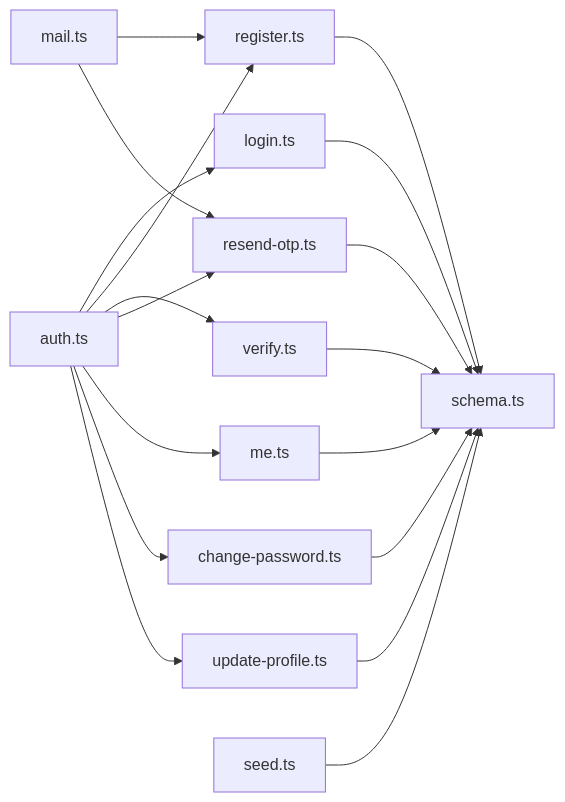
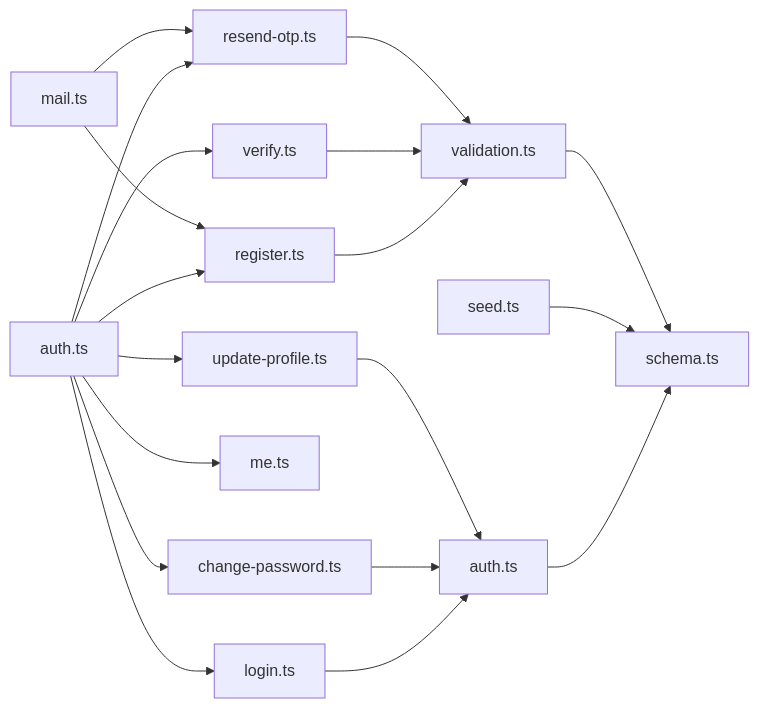
One commit to riod94/ngepos changed the eighth of 8 diagrams in .qoder/repowiki/en/content/Authentication & Authorization.md. Above: the diagram before and after it, drawn with Mermaid. The commit also changed other lines of this file and 51 other files, not shown here.

````diff
--- a/.qoder/repowiki/en/content/Authentication & Authorization.md
+++ b/.qoder/repowiki/en/content/Authentication & Authorization.md
@@ -411,20 +496,21 @@
 ```mermaid
 graph LR
 FE_AuthStore["auth.ts"] --> API_Login["login.ts"]
 FE_AuthStore --> API_Register["register.ts"]
 FE_AuthStore --> API_Verify["verify.ts"]
 FE_AuthStore --> API_Resend["resend-otp.ts"]
 FE_AuthStore --> API_Me["me.ts"]
 FE_AuthStore --> API_ChangePwd["change-password.ts"]
 FE_AuthStore --> API_UpdateProfile["update-profile.ts"]
-API_Login --> DB_Schema["schema.ts"]
-API_Register --> DB_Schema
-API_Verify --> DB_Schema
-API_Resend --> DB_Schema
-API_Me --> DB_Schema
-API_ChangePwd --> DB_Schema
-API_UpdateProfile --> DB_Schema
+API_Login --> JWT_Utils["auth.ts"]
+API_Register --> Validation["validation.ts"]
+API_Verify --> Validation
+API_Resend --> Validation
+API_ChangePwd --> JWT_Utils
+API_UpdateProfile --> JWT_Utils
+JWT_Utils --> DB_Schema["schema.ts"]
 DB_RolesSeed["seed.ts"] --> DB_Schema
 Mail_Util["mail.ts"] --> API_Register
 Mail_Util --> API_Resend
+Validation --> DB_Schema
 ```
````
